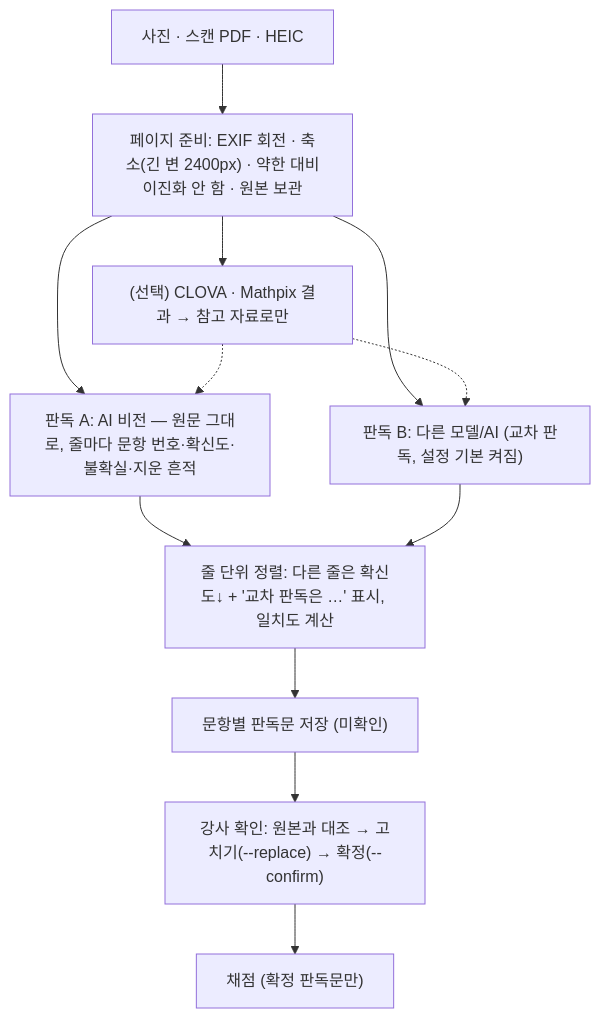
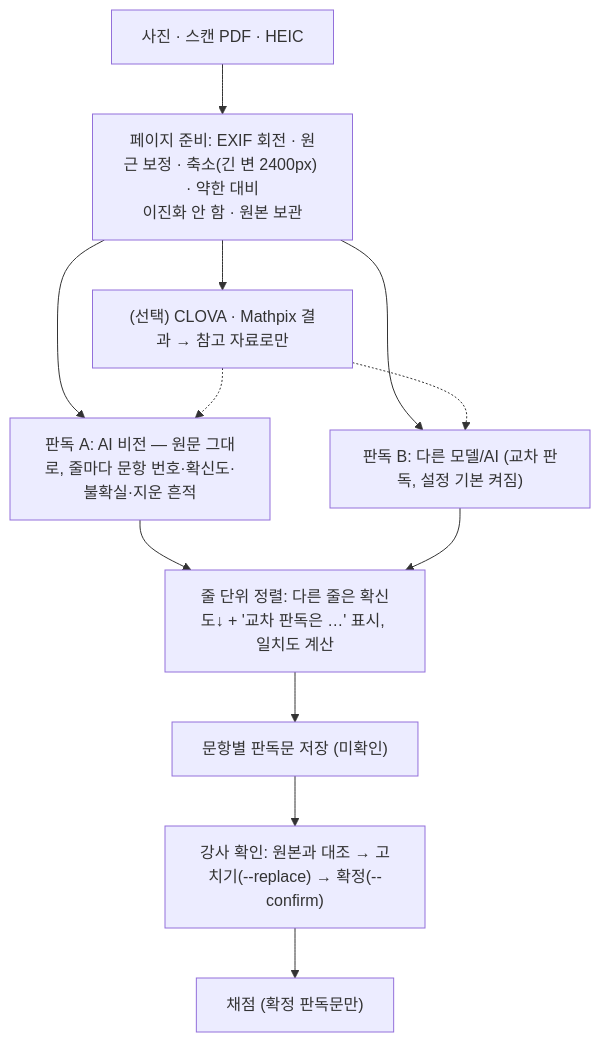
Before and after one commit to cherryopener/Dawoni: the third of 4 diagrams in PLAN.md, drawn with Mermaid. The commit also changed other lines of this file and 8 other files, not shown here.

````diff
--- a/PLAN.md
+++ b/PLAN.md
@@ -258,12 +258,12 @@
 ```mermaid
 flowchart TD
-    P["사진 · 스캔 PDF · HEIC"] --> Q["페이지 준비: EXIF 회전 · 축소(긴 변 2400px) · 약한 대비<br/>이진화 안 함 · 원본 보관"]
+    P["사진 · 스캔 PDF · HEIC"] --> Q["페이지 준비: EXIF 회전 · 원근 보정 · 축소(긴 변 2400px) · 약한 대비<br/>이진화 안 함 · 원본 보관"]
     Q --> H["(선택) CLOVA · Mathpix 결과 → 참고 자료로만"]
     Q --> S1["판독 A: AI 비전 — 원문 그대로, 줄마다 문항 번호·확신도·불확실·지운 흔적"]
     Q --> S2["판독 B: 다른 모델/AI (교차 판독, 설정 기본 켜짐)"]
     H -.-> S1 & S2
     S1 & S2 --> T["줄 단위 정렬: 다른 줄은 확신도↓ + '교차 판독은 …' 표시, 일치도 계산"]
     T --> U["문항별 판독문 저장 (미확인)"]
     U --> V["강사 확인: 원본과 대조 → 고치기(--replace) → 확정(--confirm)"]
     V --> G["채점 (확정 판독문만)"]
 ```
````
